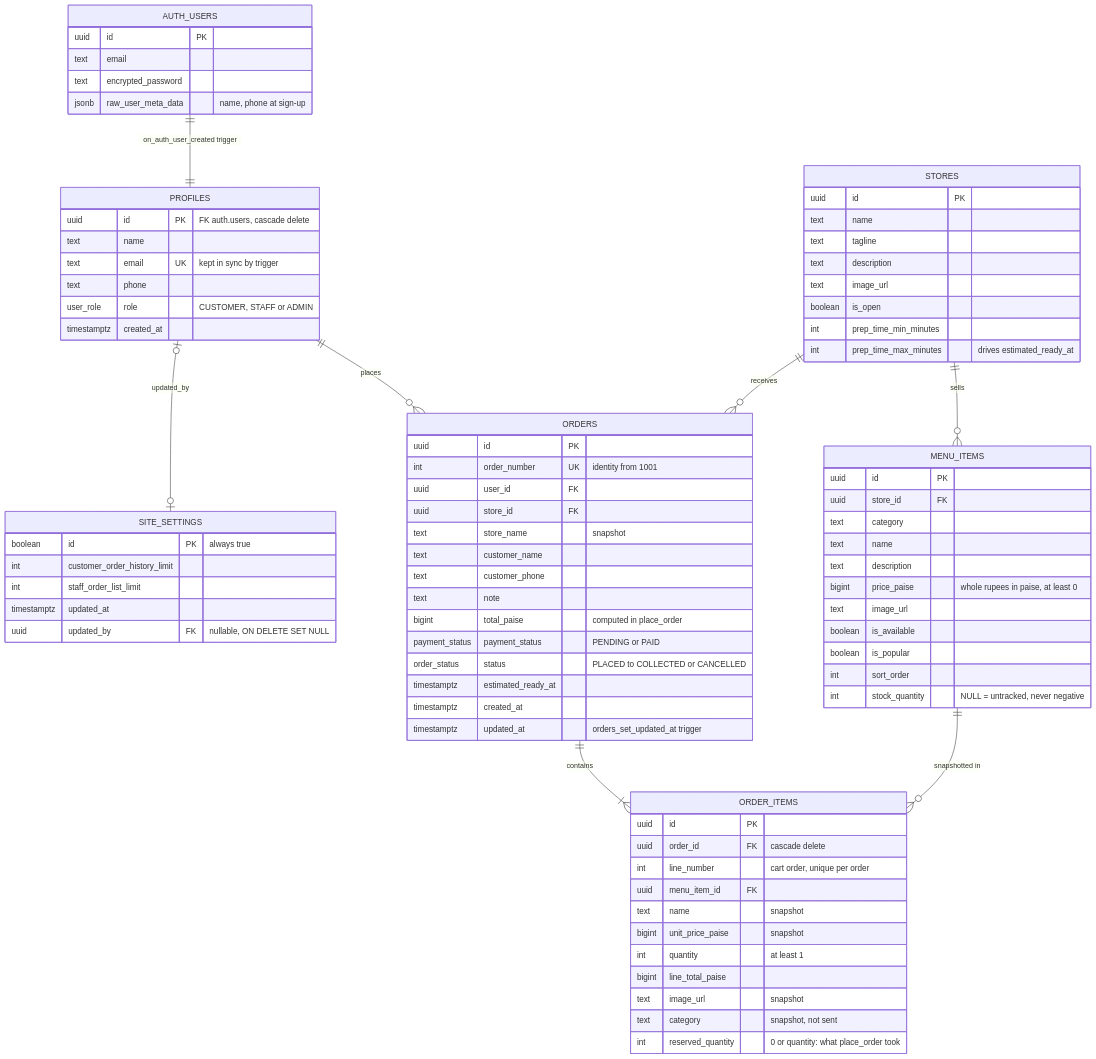
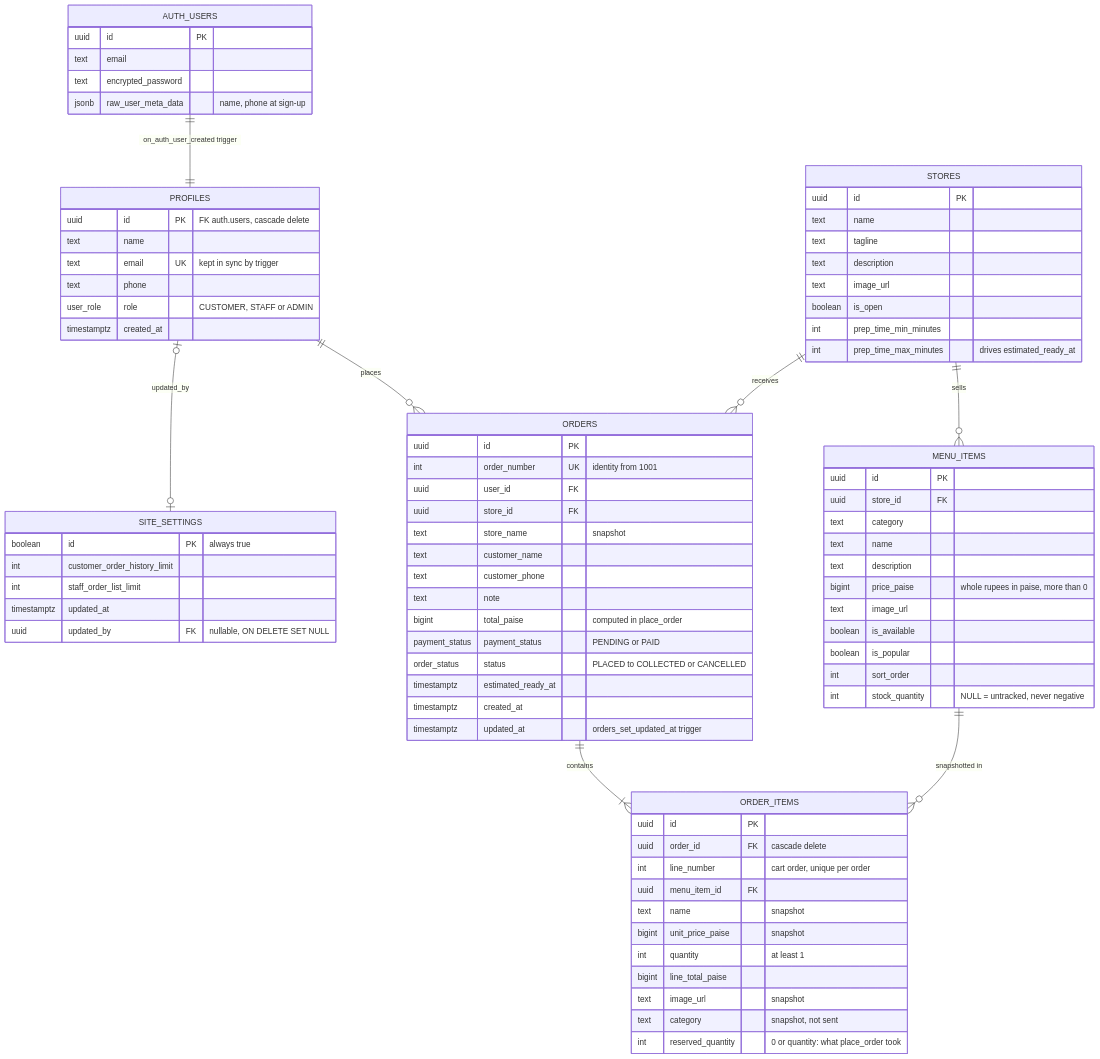
Before and after one commit to The-KhaNha/KhaNha: diagram 28 of 28 in docs/ARCHITECTURE.md, drawn with Mermaid. The commit also changed other lines of this file and 20 other files, not shown here.

```diff
--- a/docs/ARCHITECTURE.md
+++ b/docs/ARCHITECTURE.md
@@ -1026,7 +1032,7 @@
     text category
     text name
     text description
-    bigint price_paise "whole rupees in paise, at least 0"
+    bigint price_paise "whole rupees in paise, more than 0"
     text image_url
     boolean is_available
     boolean is_popular
```
